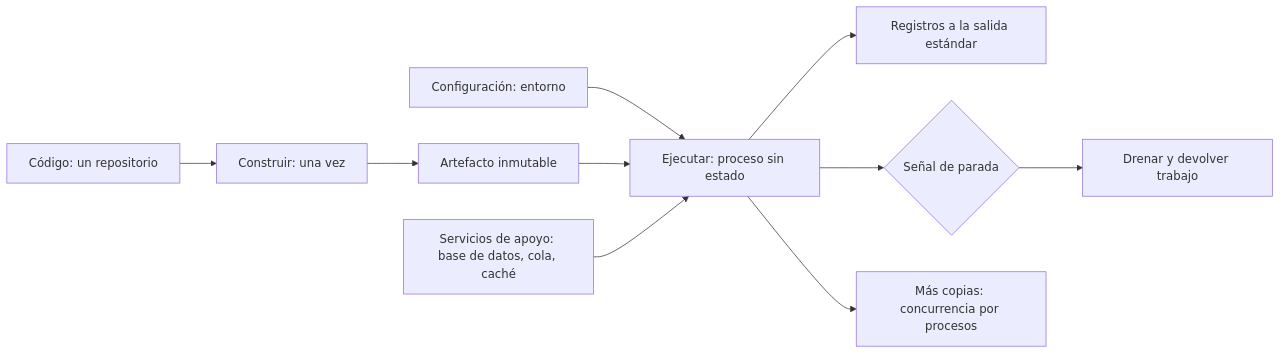
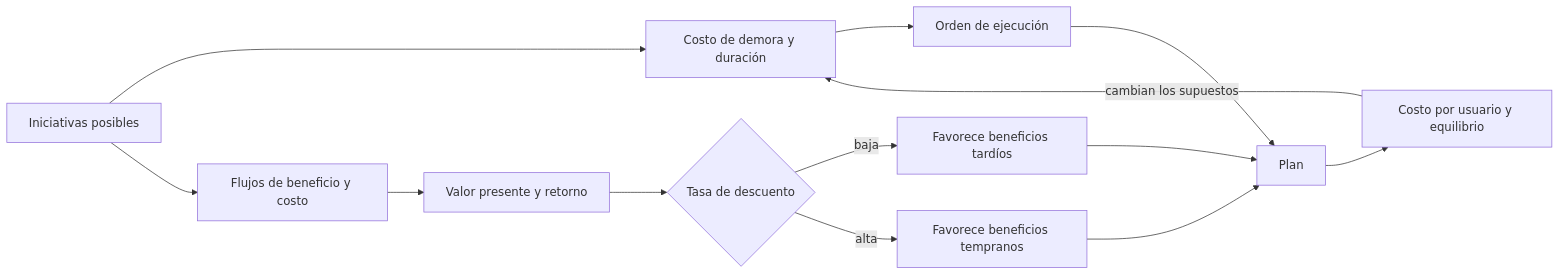
Before and after one commit to vladimiracunadev-create/modern-software-engineering-program: the diagram in content/part-44/SE-537.md, drawn with Mermaid. The commit also changed other lines of this file and 5193 other files, not shown here.

````diff
--- a/content/part-44/SE-537.md
+++ b/content/part-44/SE-537.md
@@ -58,12 +57,15 @@
 ```mermaid
 flowchart LR
-    A[Código: un repositorio] --> B[Construir: una vez]
-    B --> C[Artefacto inmutable]
-    D[Configuración: entorno] --> E[Ejecutar: proceso sin estado]
-    C --> E
-    F[Servicios de apoyo: base de datos, cola, caché] --> E
-    E --> G[Registros a la salida estándar]
-    E --> H{Señal de parada}
-    H --> I[Drenar y devolver trabajo]
-    E --> J[Más copias: concurrencia por procesos]
+    A[Iniciativas posibles] --> B[Costo de demora y duración]
+    B --> C[Orden de ejecución]
+    A --> D[Flujos de beneficio y costo]
+    D --> E[Valor presente y retorno]
+    E --> F{Tasa de descuento}
+    F -->|baja| G[Favorece beneficios tardíos]
+    F -->|alta| H[Favorece beneficios tempranos]
+    C --> I[Plan]
+    G --> I
+    H --> I
+    I --> J[Costo por usuario y equilibrio]
+    J -->|cambian los supuestos| B
 ```
````
